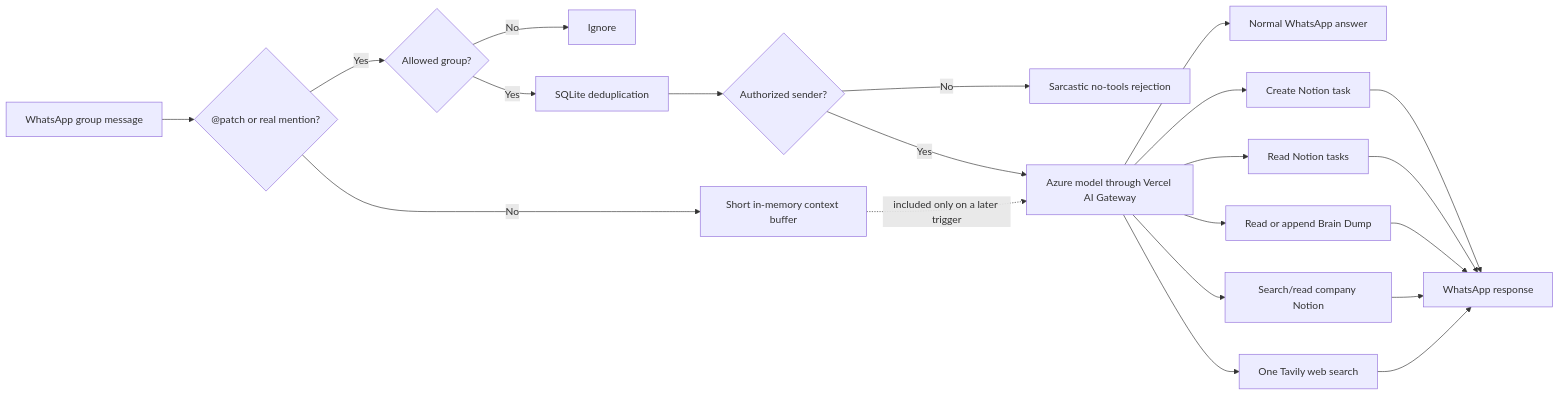
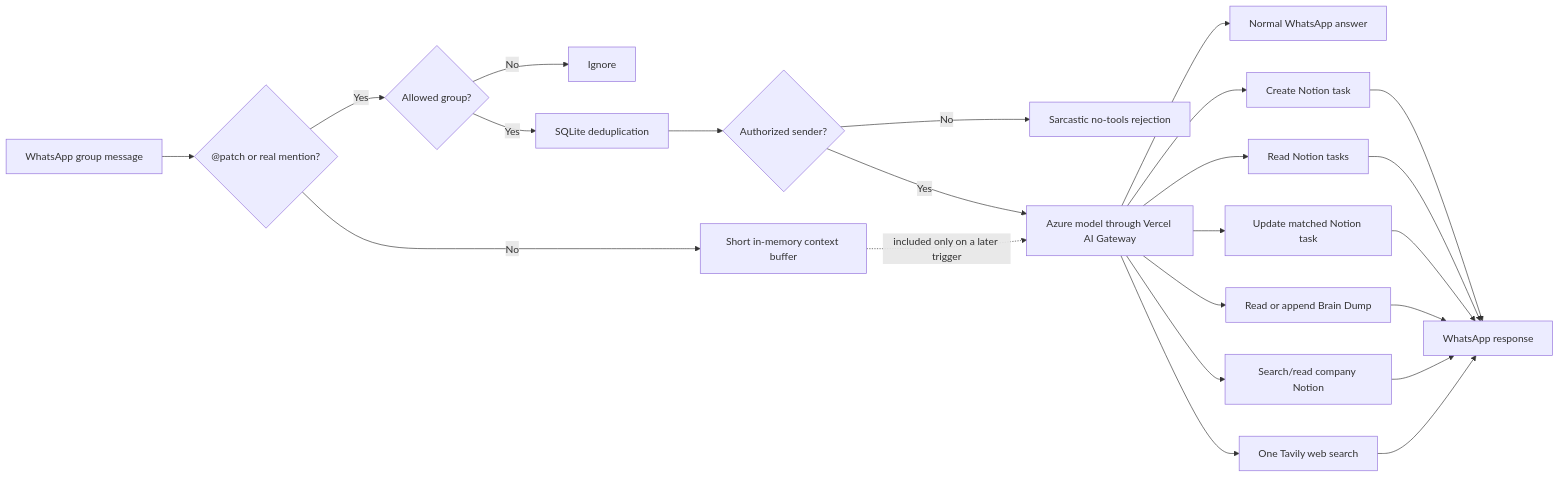
One commit to sagnik11/dia-whatsapp-bot changed the diagram in README.md. Above: the diagram before and after it, drawn with Mermaid. The commit also changed other lines of this file and 14 other files, not shown here.

````diff
--- a/README.md
+++ b/README.md
@@ -65,23 +68,25 @@
 ```mermaid
 flowchart LR
     W["WhatsApp group message"] --> T{"@patch or real mention?"}
     T -- No --> C["Short in-memory context buffer"]
     T -- Yes --> G{"Allowed group?"}
     G -- No --> X["Ignore"]
     G -- Yes --> D["SQLite deduplication"]
     D --> U{"Authorized sender?"}
     U -- No --> R["Sarcastic no-tools rejection"]
     U -- Yes --> A["Azure model through Vercel AI Gateway"]
     C -.->|included only on a later trigger| A
     A --> Q["Normal WhatsApp answer"]
     A --> N1["Create Notion task"]
     A --> N2["Read Notion tasks"]
+    A --> N5["Update matched Notion task"]
     A --> N3["Read or append Brain Dump"]
     A --> N4["Search/read company Notion"]
     A --> S["One Tavily web search"]
     N1 --> O["WhatsApp response"]
     N2 --> O
+    N5 --> O
     N3 --> O
     N4 --> O
     S --> O
 ```
````
